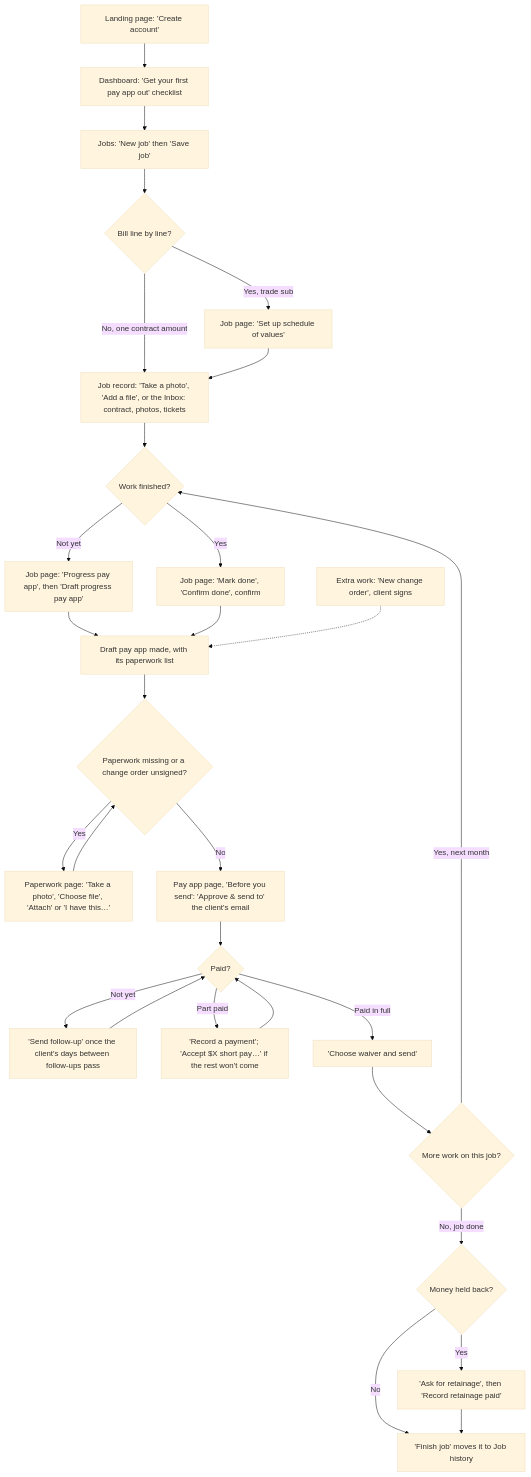
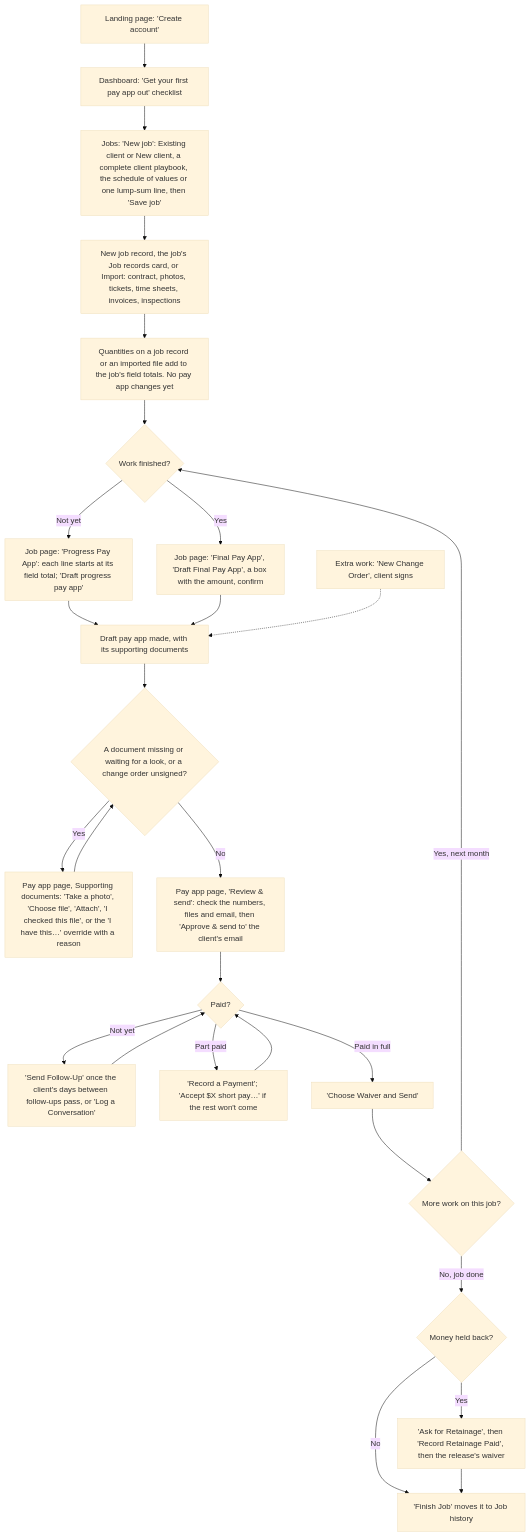
The first of 18 diagrams in docs/client-flows.md (cartwrightstephen/billdable), drawn with Mermaid (base theme) before and after one commit. The commit also changed other lines of this file and 2 other files, not shown here.

First line of the commit message:
Docs brought up to the Nov 3 overhaul: flows, README, manual test

````diff
--- a/docs/client-flows.md
+++ b/docs/client-flows.md
@@ -32,31 +34,29 @@
 ```mermaid
 flowchart TD
     A["Landing page: 'Create account'"] --> B["Dashboard: 'Get your first pay app out' checklist"]
-    B --> C["Jobs: 'New job' then 'Save job'"]
-    C --> D{"Bill line by line?"}
-    D -->|"Yes, trade sub"| E["Job page: 'Set up schedule of values'"]
-    D -->|"No, one contract amount"| F
-    E --> F["Job record: 'Take a photo', 'Add a file', or the Inbox: contract, photos, tickets"]
-    F --> G{"Work finished?"}
-    G -->|"Not yet"| H["Job page: 'Progress pay app', then 'Draft progress pay app'"]
-    G -->|"Yes"| I["Job page: 'Mark done', 'Confirm done', confirm"]
-    H --> J["Draft pay app made, with its paperwork list"]
+    B --> C["Jobs: 'New job': Existing client or New client, a complete client playbook, the schedule of values or one lump-sum line, then 'Save job'"]
+    C --> F["New job record, the job's Job records card, or Import: contract, photos, tickets, time sheets, invoices, inspections"]
+    F --> F2["Quantities on a job record or an imported file add to the job's field totals. No pay app changes yet"]
+    F2 --> G{"Work finished?"}
+    G -->|"Not yet"| H["Job page: 'Progress Pay App': each line starts at its field total; 'Draft progress pay app'"]
+    G -->|"Yes"| I["Job page: 'Final Pay App', 'Draft Final Pay App', a box with the amount, confirm"]
+    H --> J["Draft pay app made, with its supporting documents"]
     I --> J
-    CO["Extra work: 'New change order', client signs"] -.-> J
-    J --> K{"Paperwork missing or a change order unsigned?"}
-    K -->|"Yes"| L["Paperwork page: 'Take a photo', 'Choose file', 'Attach' or 'I have this…'"]
+    CO["Extra work: 'New Change Order', client signs"] -.-> J
+    J --> K{"A document missing or waiting for a look, or a change order unsigned?"}
+    K -->|"Yes"| L["Pay app page, Supporting documents: 'Take a photo', 'Choose file', 'Attach', 'I checked this file', or the 'I have this…' override with a reason"]
     L --> K
-    K -->|"No"| M["Pay app page, 'Before you send': 'Approve & send to' the client's email"]
+    K -->|"No"| M["Pay app page, 'Review & send': check the numbers, files and email, then 'Approve & send to' the client's email"]
     M --> N{"Paid?"}
-    N -->|"Not yet"| O["'Send follow-up' once the client's days between follow-ups pass"]
+    N -->|"Not yet"| O["'Send Follow-Up' once the client's days between follow-ups pass, or 'Log a Conversation'"]
     O --> N
-    N -->|"Part paid"| P["'Record a payment'; 'Accept $X short pay…' if the rest won't come"]
+    N -->|"Part paid"| P["'Record a Payment'; 'Accept $X short pay…' if the rest won't come"]
     P --> N
-    N -->|"Paid in full"| Q["'Choose waiver and send'"]
+    N -->|"Paid in full"| Q["'Choose Waiver and Send'"]
     Q --> R{"More work on this job?"}
     R -->|"Yes, next month"| G
     R -->|"No, job done"| S{"Money held back?"}
-    S -->|"Yes"| T["'Ask for retainage', then 'Record retainage paid'"]
+    S -->|"Yes"| T["'Ask for Retainage', then 'Record Retainage Paid', then the release's waiver"]
     S -->|"No"| U
-    T --> U["'Finish job' moves it to Job history"]
+    T --> U["'Finish Job' moves it to Job history"]
 ```
````
